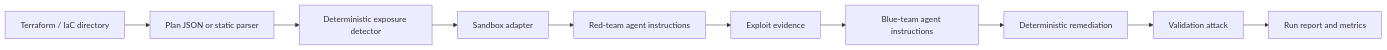
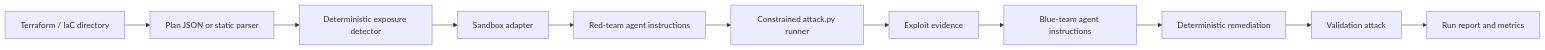
One commit to Ker102/nullstate-cli changed the diagram in docs/architecture.md. Above: the diagram before and after it, drawn with Mermaid. The commit also changed other lines of this file and 95 other files, not shown here.

First line of the commit message:
feat: add constrained red attack runner

````diff
--- a/docs/architecture.md
+++ b/docs/architecture.md
@@ -9,12 +9,13 @@
 ```mermaid
 flowchart LR
     A[Terraform / IaC directory] --> B[Plan JSON or static parser]
     B --> C[Deterministic exposure detector]
     C --> S[Sandbox adapter]
     S --> D[Red-team agent instructions]
-    D --> E[Exploit evidence]
-    E --> F[Blue-team agent instructions]
-    F --> G[Deterministic remediation]
-    G --> H[Validation attack]
-    H --> I[Run report and metrics]
+    D --> E[Constrained attack.py runner]
+    E --> F[Exploit evidence]
+    F --> G[Blue-team agent instructions]
+    G --> H[Deterministic remediation]
+    H --> I[Validation attack]
+    I --> J[Run report and metrics]
 ```
````
